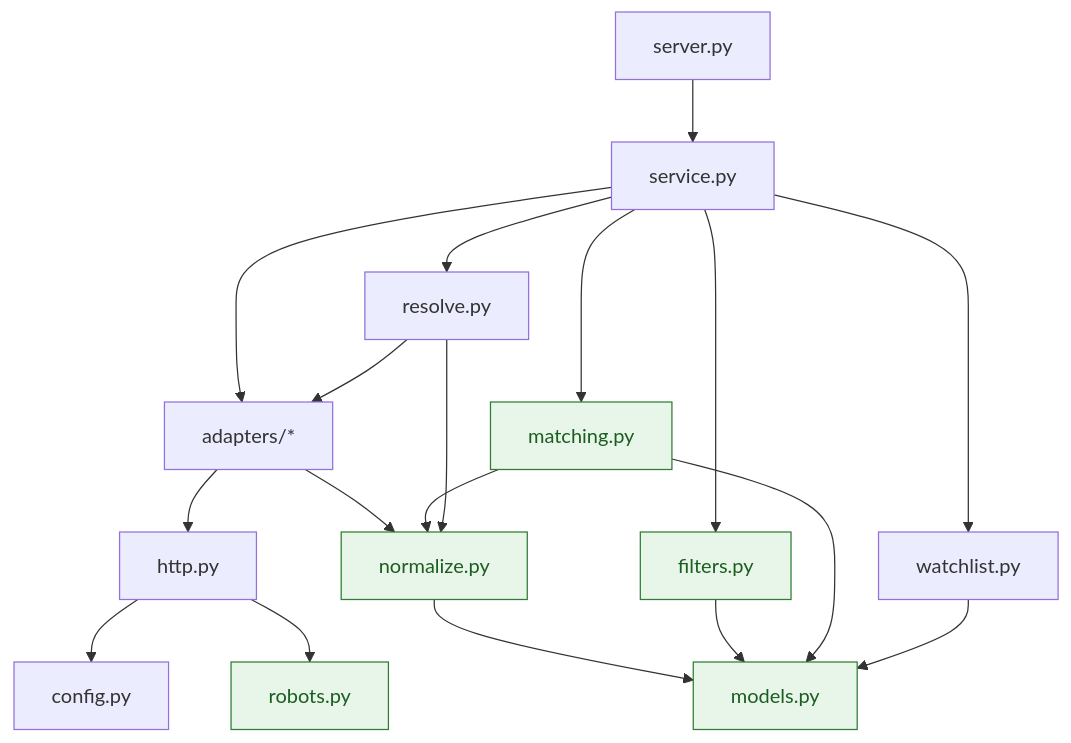
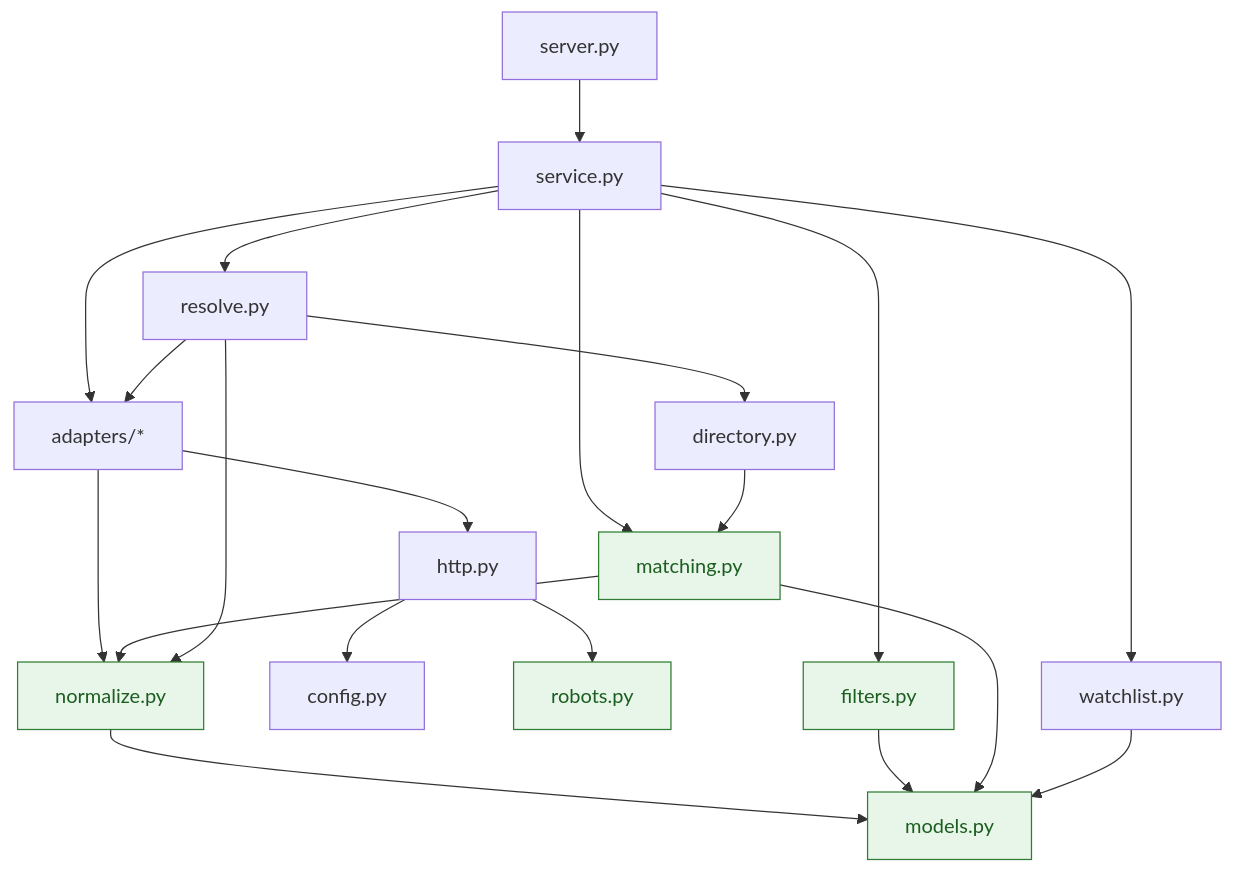
Before and after one commit to HakujouRyu/jobboard-mcp: the second of 7 diagrams in docs/architecture.md, drawn with Mermaid. The commit also changed other lines of this file and 12 other files, not shown here.

````diff
--- a/docs/architecture.md
+++ b/docs/architecture.md
@@ -79,23 +82,25 @@
 ```mermaid
 flowchart TB
     server["server.py"] --> service["service.py"]
     service --> resolve["resolve.py"]
     service --> watchlist["watchlist.py"]
     service --> adapters["adapters/*"]
     resolve --> adapters
     adapters --> http["http.py"]
     http --> config["config.py"]
     http --> robots["robots.py"]
     service --> matching["matching.py"]
     service --> filters["filters.py"]
     adapters --> normalize["normalize.py"]
     matching --> normalize
     resolve --> normalize
+    resolve --> directory["directory.py"]
+    directory --> matching
     normalize --> models["models.py"]
     filters --> models
     matching --> models
     watchlist --> models
 
     classDef pure fill:#e8f5e9,stroke:#2e7d32,color:#1b5e20
     class normalize,filters,matching,models,robots pure
 ```
````
